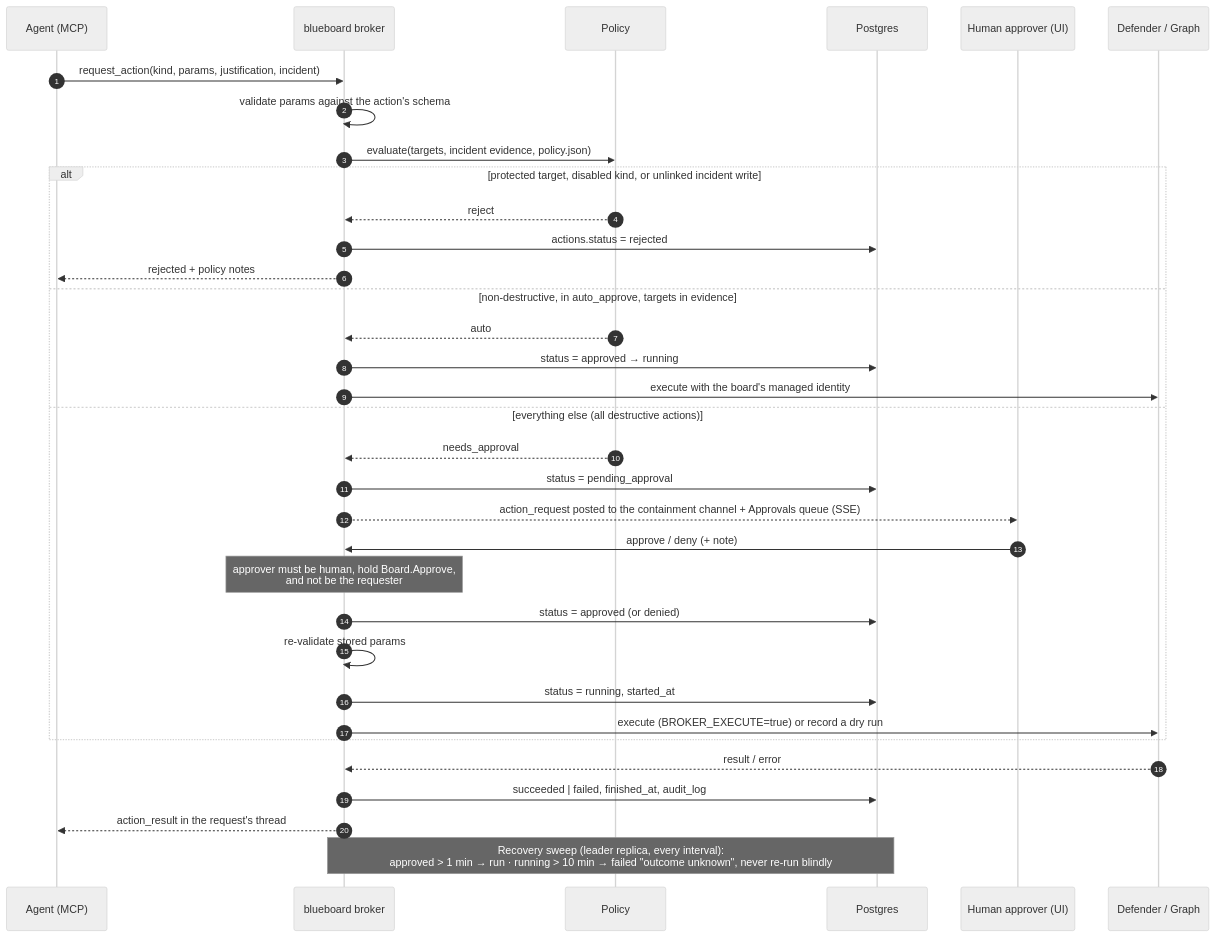
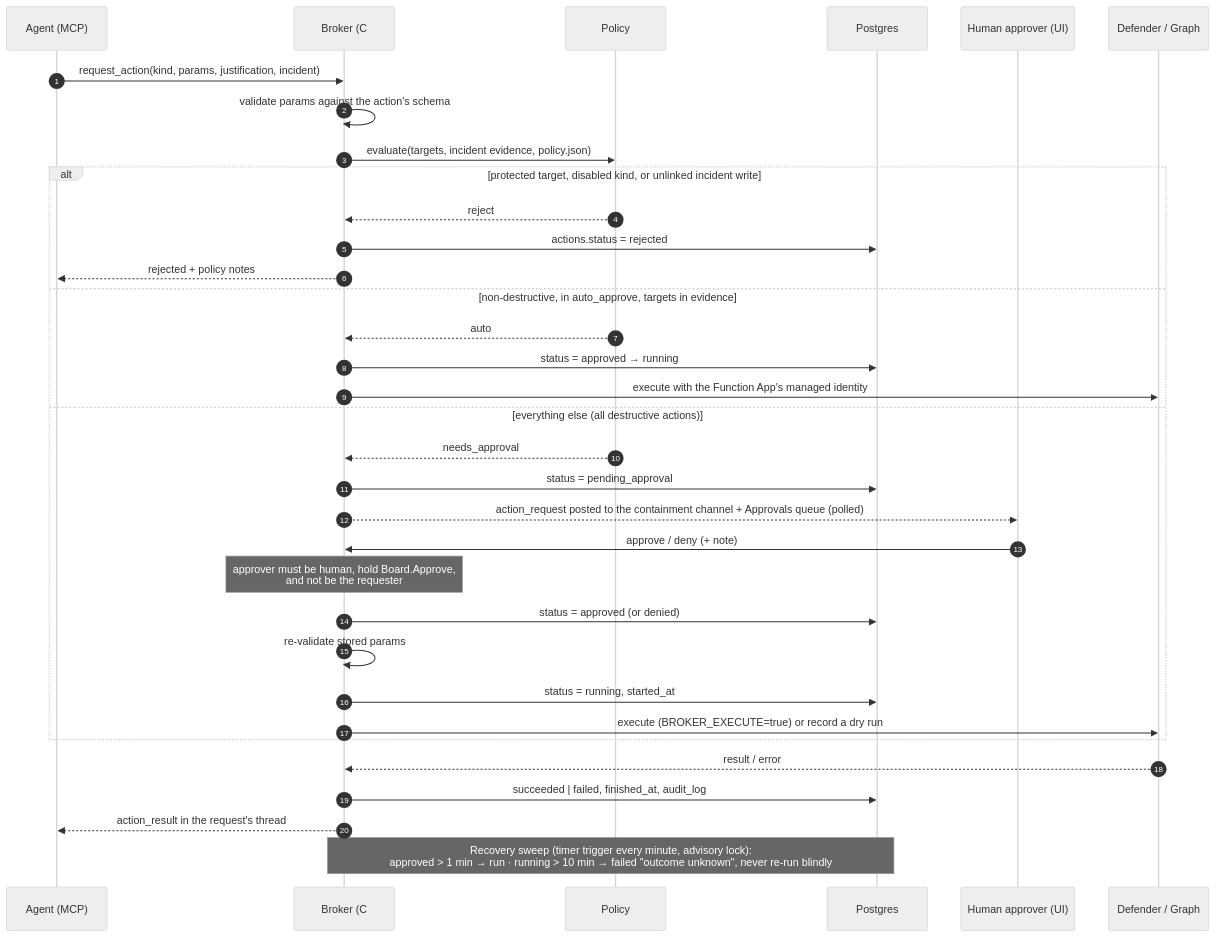
One commit to jusso-dev/blueboard changed the third of 5 diagrams in docs/architecture.md. Above: the diagram before and after it, drawn with Mermaid (neutral theme). The commit also changed other lines of this file and 163 other files, not shown here.

````diff
--- a/docs/architecture.md
+++ b/docs/architecture.md
@@ -72,38 +119,38 @@
 ```mermaid
 sequenceDiagram
   autonumber
   participant Ag as Agent (MCP)
-  participant B as blueboard broker
+  participant B as Broker (C# Function App)
   participant P as Policy
   participant DB as Postgres
   participant H as Human approver (UI)
   participant MS as Defender / Graph
 
   Ag->>B: request_action(kind, params, justification, incident)
   B->>B: validate params against the action's schema
   B->>P: evaluate(targets, incident evidence, policy.json)
   alt protected target, disabled kind, or unlinked incident write
     P-->>B: reject
     B->>DB: actions.status = rejected
     B-->>Ag: rejected + policy notes
   else non-destructive, in auto_approve, targets in evidence
     P-->>B: auto
     B->>DB: status = approved → running
-    B->>MS: execute with the board's managed identity
+    B->>MS: execute with the Function App's managed identity
   else everything else (all destructive actions)
     P-->>B: needs_approval
     B->>DB: status = pending_approval
-    B-->>H: action_request posted to the containment channel + Approvals queue (SSE)
+    B-->>H: action_request posted to the containment channel + Approvals queue (polled)
     H->>B: approve / deny (+ note)
     Note over B: approver must be human, hold Board.Approve,<br/>and not be the requester
     B->>DB: status = approved (or denied)
     B->>B: re-validate stored params
     B->>DB: status = running, started_at
     B->>MS: execute (BROKER_EXECUTE=true) or record a dry run
   end
   MS-->>B: result / error
   B->>DB: succeeded | failed, finished_at, audit_log
   B-->>Ag: action_result in the request's thread
 
-  Note over B,DB: Recovery sweep (leader replica, every interval):<br/>approved > 1 min → run · running > 10 min → failed "outcome unknown", never re-run blindly
+  Note over B,DB: Recovery sweep (timer trigger every minute, advisory lock):<br/>approved > 1 min → run · running > 10 min → failed "outcome unknown", never re-run blindly
 ```
````
